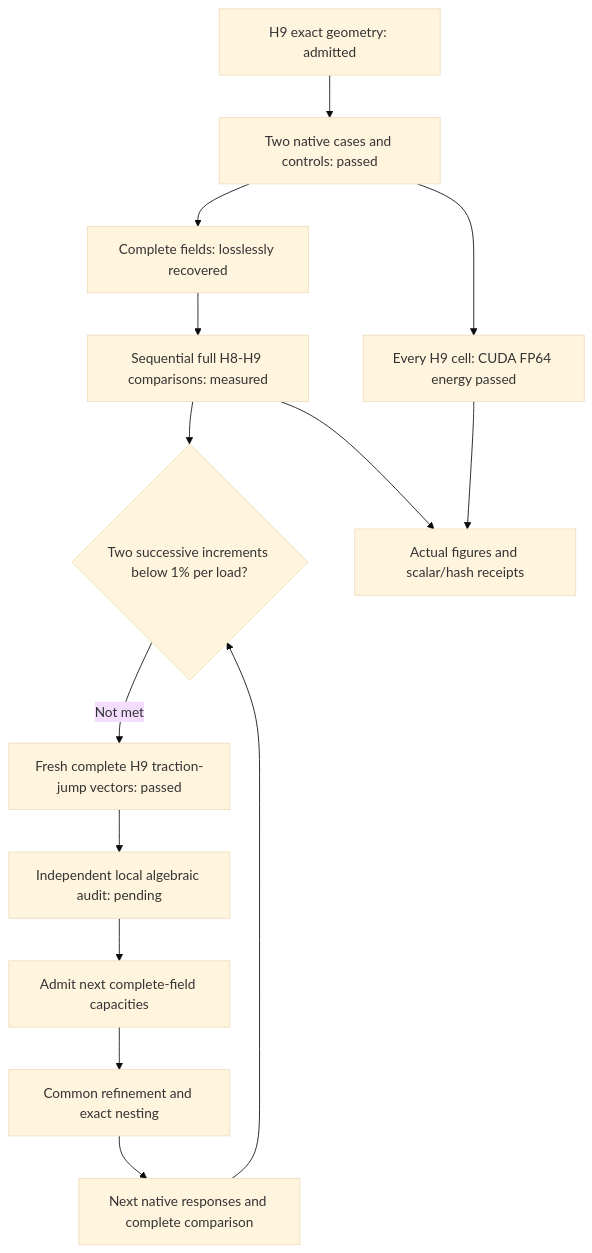
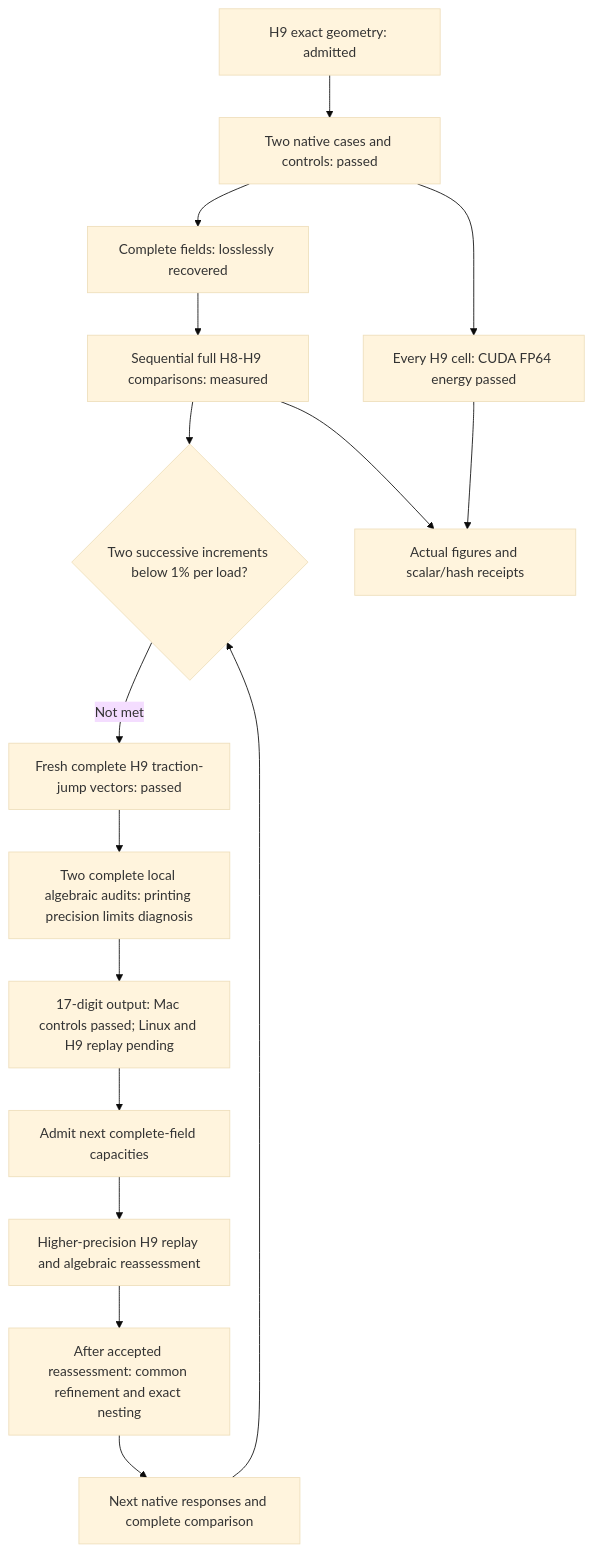
Before and after one commit to cluster2600/porscheparts: the diagram in docs/reports/carrier-h9-native-results-20261107.md, drawn with Mermaid (base theme). The commit also changed other lines of this file and 8 other files, not shown here.

Commit message:
Document complete slicing replay, H9 precision audit and support triangulations

````diff
--- a/docs/reports/carrier-h9-native-results-20261107.md
+++ b/docs/reports/carrier-h9-native-results-20261107.md
@@ -125,16 +185,18 @@
 ```mermaid
 flowchart TD
     G["H9 exact geometry: admitted"] --> N["Two native cases and controls: passed"]
     N --> R["Complete fields: losslessly recovered"]
     N --> GPU["Every H9 cell: CUDA FP64 energy passed"]
     R --> C["Sequential full H8-H9 comparisons: measured"]
     C --> S{"Two successive increments below 1% per load?"}
     S -->|"Not met"| M["Fresh complete H9 traction-jump vectors: passed"]
-    M --> LOCAL["Independent local algebraic audit: pending"]
-    LOCAL --> CAP["Admit next complete-field capacities"]
-    CAP --> V["Common refinement and exact nesting"]
+    M --> LOCAL["Two complete local algebraic audits: printing precision limits diagnosis"]
+    LOCAL --> PRECISION["17-digit output: Mac controls passed; Linux and H9 replay pending"]
+    PRECISION --> CAP["Admit next complete-field capacities"]
+    CAP --> REPLAY["Higher-precision H9 replay and algebraic reassessment"]
+    REPLAY --> V["After accepted reassessment: common refinement and exact nesting"]
     V --> NEXT["Next native responses and complete comparison"]
     NEXT --> S
     C --> FIG["Actual figures and scalar/hash receipts"]
     GPU --> FIG
 ```
````
